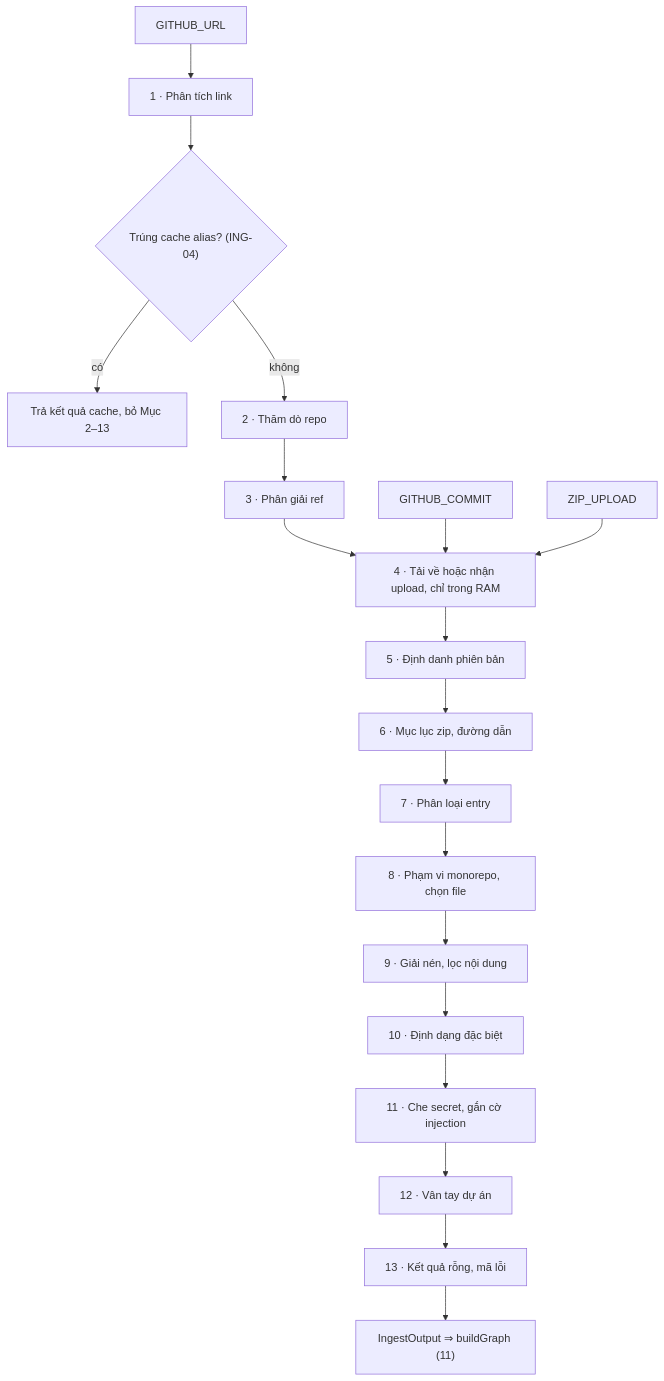
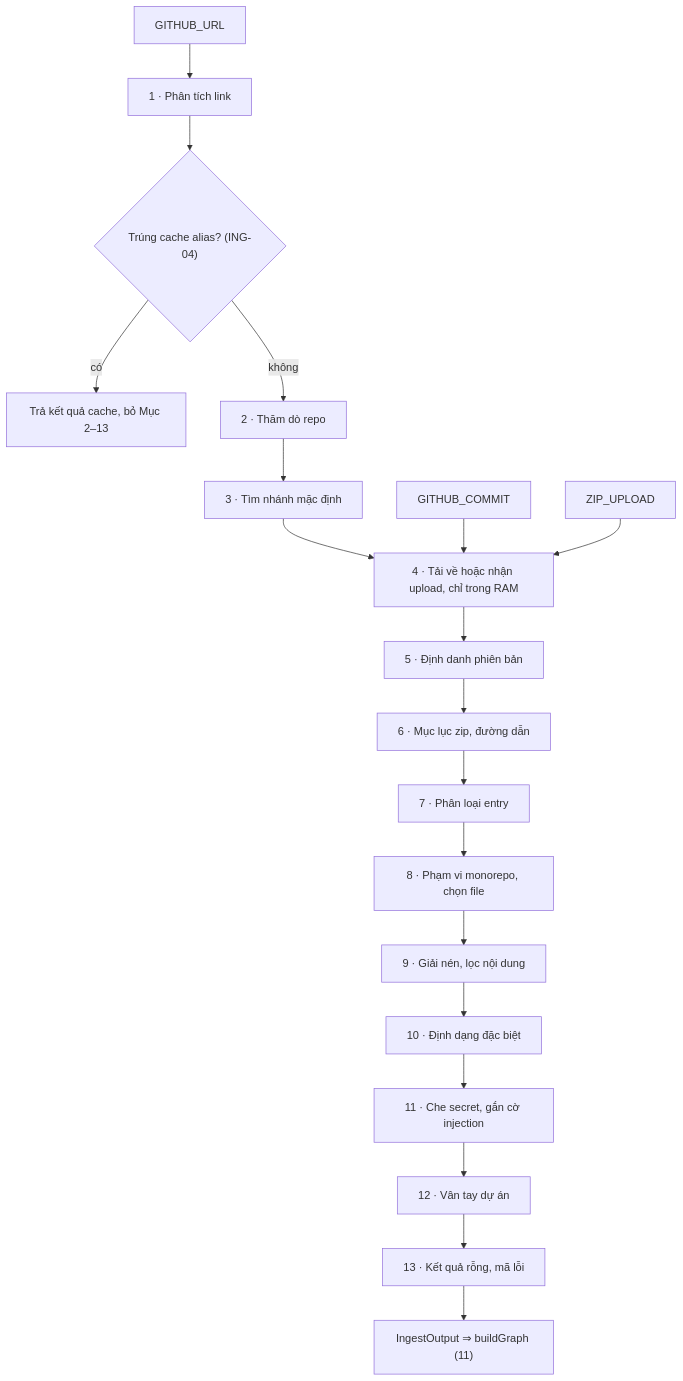
One commit to huynhthanhnhannnh-pixel/Hackathon_SGU changed the diagram in spec/10_ENGINE_INGEST.md. Above: the diagram before and after it, drawn with Mermaid. The commit also changed other lines of this file and 10 other files, not shown here.

````diff
--- a/spec/10_ENGINE_INGEST.md
+++ b/spec/10_ENGINE_INGEST.md
@@ -17,12 +17,12 @@
 ```mermaid
 flowchart TB
   U["GITHUB_URL"] --> S1["1 · Phân tích link"]
   S1 --> C{"Trúng cache alias? (ING-04)"}
   C -- "có" --> HIT["Trả kết quả cache, bỏ Mục 2–13"]
-  C -- "không" --> S2["2 · Thăm dò repo"] --> S3["3 · Phân giải ref"] --> S4["4 · Tải về hoặc nhận upload, chỉ trong RAM"]
+  C -- "không" --> S2["2 · Thăm dò repo"] --> S3["3 · Tìm nhánh mặc định"] --> S4["4 · Tải về hoặc nhận upload, chỉ trong RAM"]
   GC["GITHUB_COMMIT"] --> S4
   ZU["ZIP_UPLOAD"] --> S4
   S4 --> S5["5 · Định danh phiên bản"] --> S6["6 · Mục lục zip, đường dẫn"] --> S7["7 · Phân loại entry"] --> S8["8 · Phạm vi monorepo, chọn file"]
   S8 --> S9["9 · Giải nén, lọc nội dung"] --> S10["10 · Định dạng đặc biệt"] --> S11["11 · Che secret, gắn cờ injection"] --> S12["12 · Vân tay dự án"] --> S13["13 · Kết quả rỗng, mã lỗi"]
   S13 --> OUT["IngestOutput ⇒ buildGraph (11)"]
 ```
````
